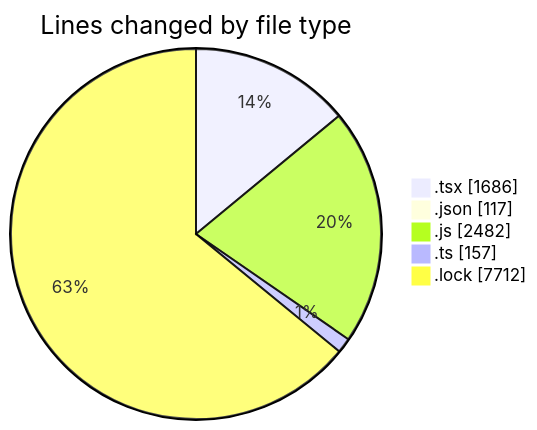
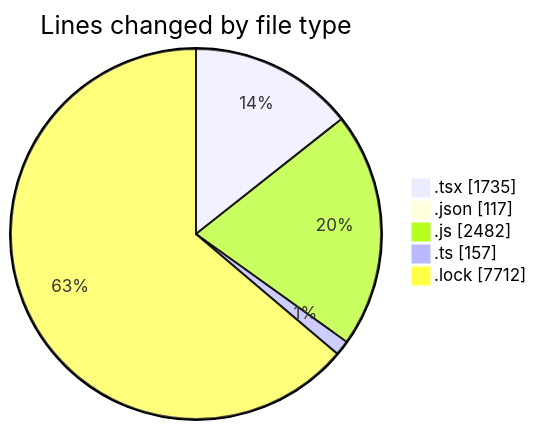
The first of 2 diagrams in 2025-04-28/cda/README.md (momahboobian/code-tracking), drawn with Mermaid before and after one commit. The commit also changed other lines of this file and 1 other file, not shown here.

````diff
--- a/2025-04-28/cda/README.md
+++ b/2025-04-28/cda/README.md
@@ -33,9 +33,9 @@
 ```mermaid
 pie showData
 title Lines changed by file type
-".tsx" : 1686
+".tsx" : 1735
 ".json" : 117
 ".js" : 2482
 ".ts" : 157
 ".lock" : 7712
 ```
````
